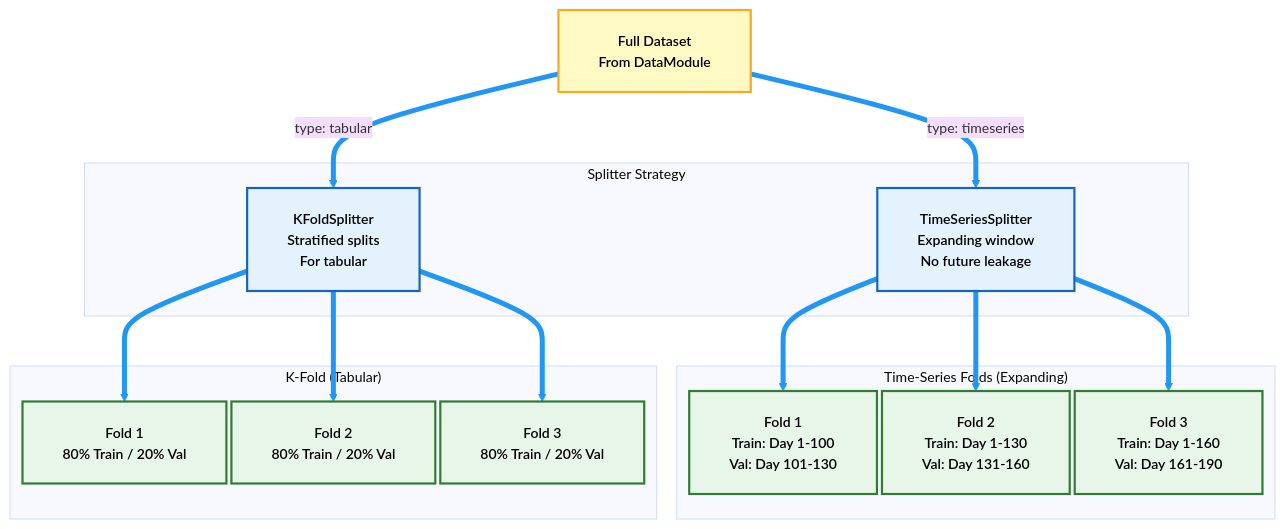
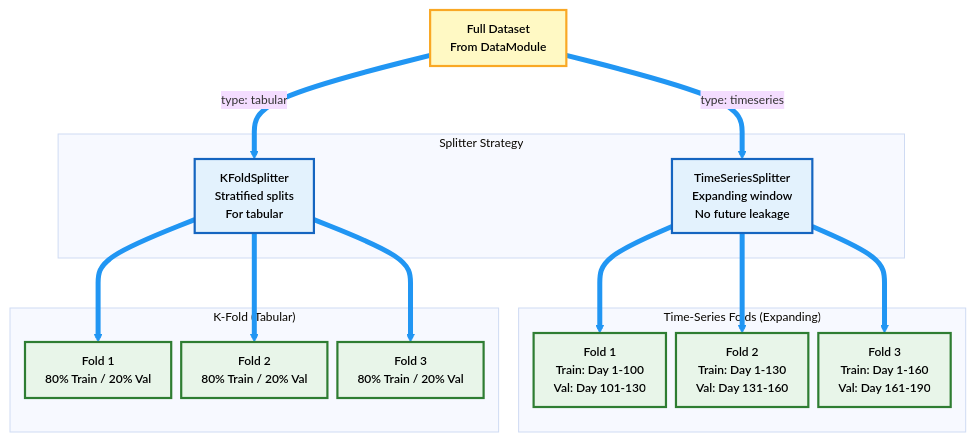
Before and after one commit to bambootran89/ml_pipeline_template: the fourth of 8 diagrams in docs/offlineworkflow.md, drawn with Mermaid. The commit also changed other lines of this file and 1 other file, not shown here.

````diff
--- a/docs/offlineworkflow.md
+++ b/docs/offlineworkflow.md
@@ -380,54 +380,54 @@
 ```mermaid
 %%{init: {
   "theme": "base",
   "flowchart": {
-    "nodeSpacing": 5,
+    "nodeSpacing": 10,
     "rankSpacing": 50,
     "curve": "basis",
-    "padding": 20
+    "padding": 10
   },
   "themeVariables": {
     "fontFamily": "Inter, Arial, sans-serif",
-    "fontSize": "14px"
+    "fontSize": "12px"
   }
 }}%%
 
 flowchart TB
     %% Styles
     classDef data fill:#fff9c4,stroke:#f9a825,stroke-width:2.2px,color:#000,font-weight:600
     classDef splitter fill:#e3f2fd,stroke:#1565c0,stroke-width:2.2px,color:#000,font-weight:600
     classDef fold fill:#e8f5e9,stroke:#2e7d32,stroke-width:2.2px,color:#000,font-weight:600
 
     %% Input
     FullData["Full Dataset<br/>From DataModule"]:::data
 
     %% Splitter Strategy
     subgraph Splitter["Splitter Strategy"]
         TSSplitter["TimeSeriesSplitter<br/>Expanding window<br/>No future leakage"]:::splitter
         KFoldSplitter["KFoldSplitter<br/>Stratified splits<br/>For tabular"]:::splitter
     end
 
     %% Folds (Timeseries)
     subgraph TSFolds["Time-Series Folds (Expanding)"]
         F1["Fold 1<br/>Train: Day 1-100<br/>Val: Day 101-130"]:::fold
         F2["Fold 2<br/>Train: Day 1-130<br/>Val: Day 131-160"]:::fold
         F3["Fold 3<br/>Train: Day 1-160<br/>Val: Day 161-190"]:::fold
     end
 
     %% Folds (KFold)
     subgraph KFFolds["K-Fold (Tabular)"]
         K1["Fold 1<br/>80% Train / 20% Val"]:::fold
         K2["Fold 2<br/>80% Train / 20% Val"]:::fold
         K3["Fold 3<br/>80% Train / 20% Val"]:::fold
     end
 
     %% Flow
     FullData -->|"type: timeseries"| TSSplitter
     FullData -->|"type: tabular"| KFoldSplitter
 
     TSSplitter --> F1 & F2 & F3
     KFoldSplitter --> K1 & K2 & K3
 
     %% Global styling
     linkStyle default stroke:#2196f3,stroke-width:5px
 ```
````
